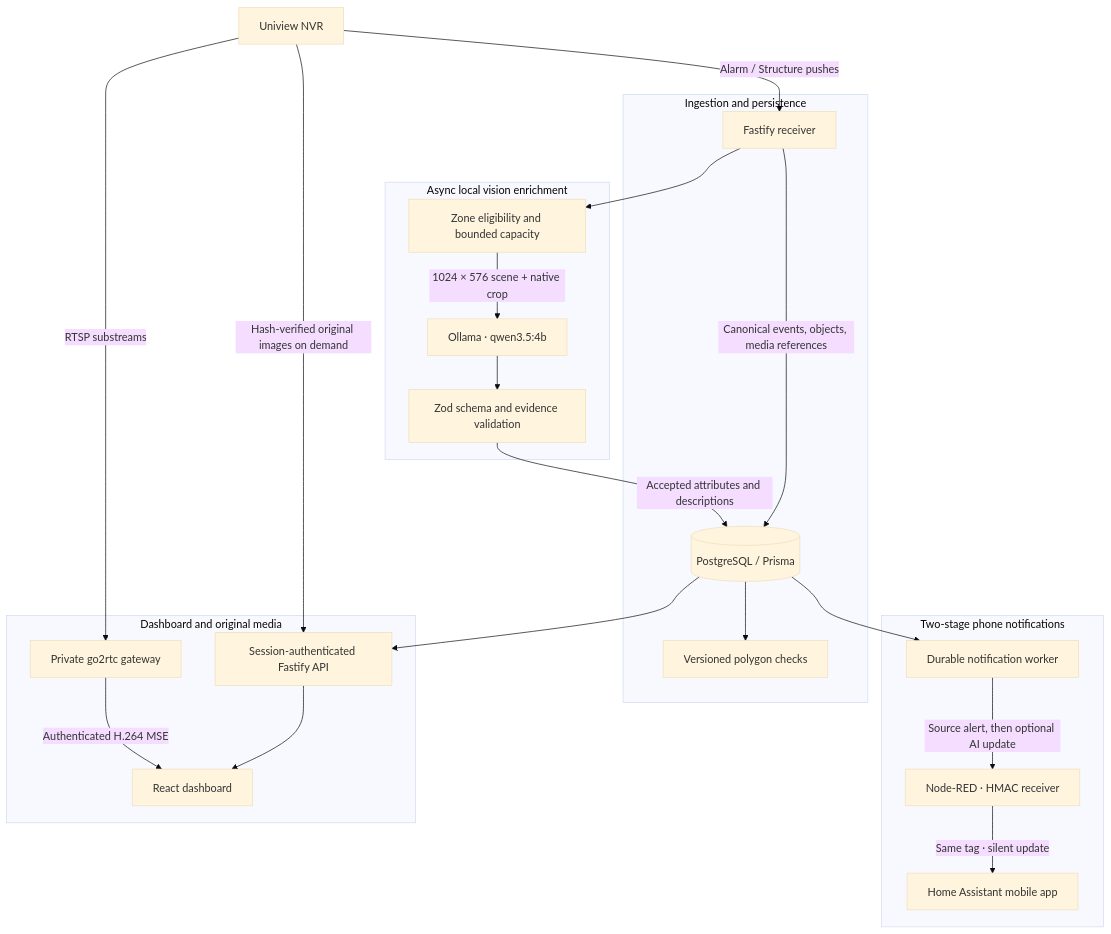
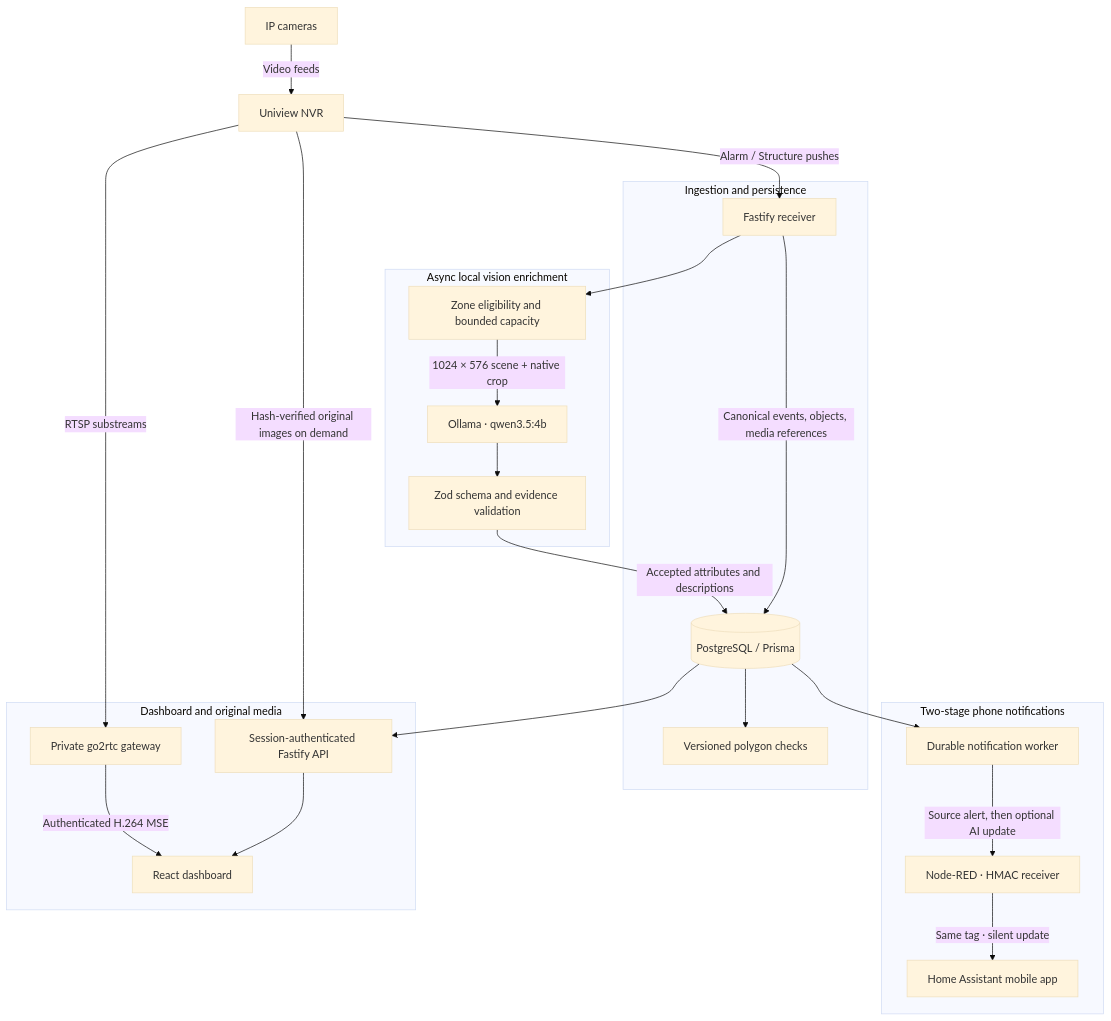
Before and after one commit to CJskii/home-security: the diagram in README.md, drawn with Mermaid (base theme). The commit also changed other lines of this file, not shown here.

Commit message:
Explain the Uniview API, Frigate origins and local model limitations

````diff
--- a/README.md
+++ b/README.md
@@ -13,42 +15,42 @@
 ```mermaid
 flowchart TB
-    NVR[Uniview NVR]
+    Cameras[IP cameras] -->|Video feeds| NVR[Uniview NVR]
     subgraph capture[Ingestion and persistence]
       Receiver[Fastify receiver]
       DB[(PostgreSQL / Prisma)]
       Zones[Versioned polygon checks]
       Receiver -->|Canonical events, objects, media references| DB
       DB --> Zones
     end
     NVR -->|Alarm / Structure pushes| Receiver
 
     subgraph enrichment[Async local vision enrichment]
       Gate[Zone eligibility and bounded capacity]
       Ollama[Ollama · qwen3.5:4b]
       Validator[Zod schema and evidence validation]
       Gate -->|1024 × 576 scene + native crop| Ollama
       Ollama --> Validator
     end
     Receiver --> Gate
     Validator -->|Accepted attributes and descriptions| DB
 
     subgraph alerts[Two-stage phone notifications]
       Worker[Durable notification worker]
       NodeRED[Node-RED · HMAC receiver]
       HA[Home Assistant mobile app]
       Worker -->|Source alert, then optional AI update| NodeRED
       NodeRED -->|Same tag · silent update| HA
     end
     DB --> Worker
 
     subgraph viewing[Dashboard and original media]
       API[Session-authenticated Fastify API]
       React[React dashboard]
       Gateway[Private go2rtc gateway]
       API --> React
       Gateway -->|Authenticated H.264 MSE| React
     end
     DB --> API
     NVR -->|Hash-verified original images on demand| API
     NVR -->|RTSP substreams| Gateway
 ```
````
